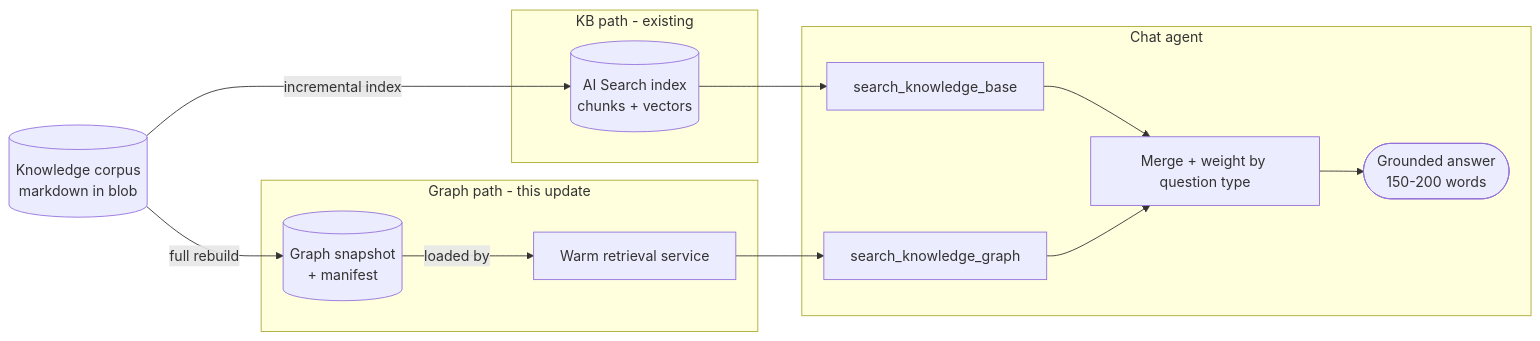
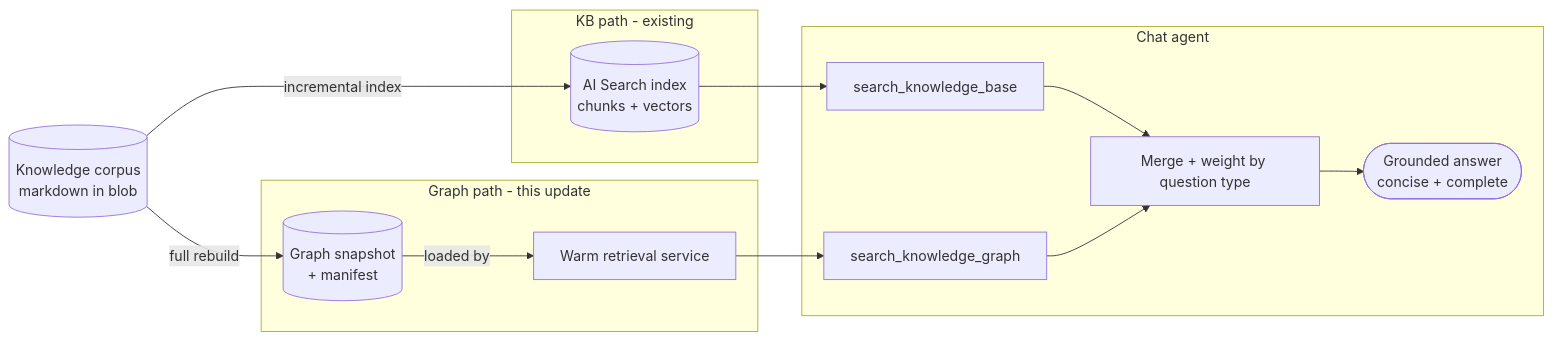
The first of 3 diagrams in tools/sdk-ai-bots/docs/graphrag_retrieval_design.md (Azure/azure-sdk-tools), drawn with Mermaid before and after one commit. The commit also changed other lines of this file, not shown here.

First line of the commit message:
docs: update GraphRAG design with symmetric ref ranking + concise-completeness

````diff
--- a/tools/sdk-ai-bots/docs/graphrag_retrieval_design.md
+++ b/tools/sdk-ai-bots/docs/graphrag_retrieval_design.md
@@ -30,29 +30,29 @@
 ```mermaid
 flowchart LR
     corpus[(Knowledge corpus<br/>markdown in blob)]
 
     subgraph KB[KB path - existing]
         idx[(AI Search index<br/>chunks + vectors)]
     end
     subgraph GR[Graph path - this update]
         snap[(Graph snapshot<br/>+ manifest)]
         svc[Warm retrieval service]
     end
 
     corpus -->|incremental index| idx
     corpus -->|full rebuild| snap
     snap -->|loaded by| svc
 
     subgraph AGENT[Chat agent]
         kbtool[search_knowledge_base]
         grtool[search_knowledge_graph]
         merge[Merge + weight by question type]
-        ans([Grounded answer<br/>150-200 words])
+        ans([Grounded answer<br/>concise + complete])
     end
 
     idx --> kbtool
     svc --> grtool
     kbtool --> merge
     grtool --> merge
     merge --> ans
 ```
````
